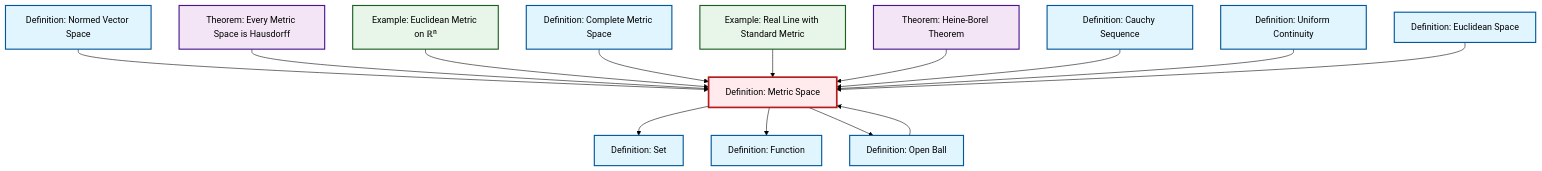
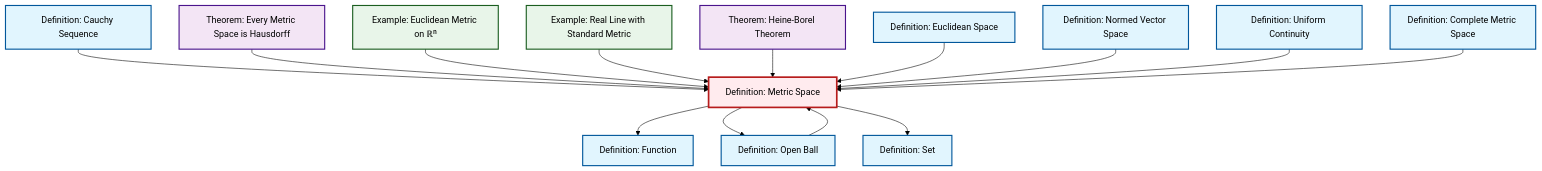
One commit to RK0429/ModernMath changed the diagram in content/en/analysis/def-metric-space.qmd. Above: the diagram before and after it, drawn with Mermaid (forest theme). The commit also changed other lines of this file and 672 other files, not shown here.

````diff
--- a/content/en/analysis/def-metric-space.qmd
+++ b/content/en/analysis/def-metric-space.qmd
@@ -53,48 +53,48 @@
 ```{mermaid}
 %%| fig-cap: "Local dependency graph"
 graph TD
     classDef definition fill:#e1f5fe,stroke:#01579b,stroke-width:2px
     classDef theorem fill:#f3e5f5,stroke:#4a148c,stroke-width:2px
     classDef axiom fill:#fff3e0,stroke:#e65100,stroke-width:2px
     classDef example fill:#e8f5e9,stroke:#1b5e20,stroke-width:2px
     classDef current fill:#ffebee,stroke:#b71c1c,stroke-width:3px
+    def-set["Definition: Set"]:::definition
+    def-cauchy-sequence["Definition: Cauchy Sequence"]:::definition
+    def-uniform-continuity["Definition: Uniform Continuity"]:::definition
+    ex-real-line-metric["Example: Real Line with Standard Metric"]:::example
+    def-metric-space["Definition: Metric Space"]:::definition
+    def-open-ball["Definition: Open Ball"]:::definition
+    def-function["Definition: Function"]:::definition
     ex-euclidean-metric["Example: Euclidean Metric on ℝⁿ"]:::example
-    def-euclidean-space["Definition: Euclidean Space"]:::definition
-    def-set["Definition: Set"]:::definition
-    def-open-ball["Definition: Open Ball"]:::definition
-    def-metric-space["Definition: Metric Space"]:::definition
-    ex-real-line-metric["Example: Real Line with Standard Metric"]:::example
-    def-function["Definition: Function"]:::definition
     thm-metric-hausdorff["Theorem: Every Metric Space is Hausdorff"]:::theorem
     def-complete-metric-space["Definition: Complete Metric Space"]:::definition
-    def-uniform-continuity["Definition: Uniform Continuity"]:::definition
     thm-heine-borel["Theorem: Heine-Borel Theorem"]:::theorem
-    def-cauchy-sequence["Definition: Cauchy Sequence"]:::definition
     def-normed-vector-space["Definition: Normed Vector Space"]:::definition
+    def-euclidean-space["Definition: Euclidean Space"]:::definition
+    def-cauchy-sequence --> def-metric-space
+    def-metric-space --> def-function
+    def-metric-space --> def-open-ball
+    thm-metric-hausdorff --> def-metric-space
+    ex-euclidean-metric --> def-metric-space
+    ex-real-line-metric --> def-metric-space
+    thm-heine-borel --> def-metric-space
+    def-euclidean-space --> def-metric-space
     def-metric-space --> def-set
     def-normed-vector-space --> def-metric-space
-    def-metric-space --> def-function
-    thm-metric-hausdorff --> def-metric-space
-    ex-euclidean-metric --> def-metric-space
     def-open-ball --> def-metric-space
+    def-uniform-continuity --> def-metric-space
     def-complete-metric-space --> def-metric-space
-    ex-real-line-metric --> def-metric-space
-    thm-heine-borel --> def-metric-space
-    def-cauchy-sequence --> def-metric-space
-    def-metric-space --> def-open-ball
-    def-uniform-continuity --> def-metric-space
-    def-euclidean-space --> def-metric-space
     class def-metric-space current
+    click def-set "def-set.html" "Go to Set definition"
+    click def-cauchy-sequence "def-cauchy-sequence.html" "Go to Cauchy Sequence definition"
+    click def-uniform-continuity "def-uniform-continuity.html" "Go to Uniform Continuity definition"
+    click ex-real-line-metric "ex-real-line-metric.html" "Go to Real Line with Standard Metric example"
+    click def-open-ball "def-open-ball.html" "Go to Open Ball definition"
+    click def-function "def-function.html" "Go to Function definition"
     click ex-euclidean-metric "ex-euclidean-metric.html" "Go to Euclidean Metric on ℝⁿ example"
-    click def-euclidean-space "def-euclidean-space.html" "Go to Euclidean Space definition"
-    click def-set "def-set.html" "Go to Set definition"
-    click def-open-ball "def-open-ball.html" "Go to Open Ball definition"
-    click ex-real-line-metric "ex-real-line-metric.html" "Go to Real Line with Standard Metric example"
-    click def-function "def-function.html" "Go to Function definition"
     click thm-metric-hausdorff "thm-metric-hausdorff.html" "Go to Every Metric Space is Hausdorff theorem"
     click def-complete-metric-space "def-complete-metric-space.html" "Go to Complete Metric Space definition"
-    click def-uniform-continuity "def-uniform-continuity.html" "Go to Uniform Continuity definition"
     click thm-heine-borel "thm-heine-borel.html" "Go to Heine-Borel Theorem theorem"
-    click def-cauchy-sequence "def-cauchy-sequence.html" "Go to Cauchy Sequence definition"
     click def-normed-vector-space "def-normed-vector-space.html" "Go to Normed Vector Space definition"
+    click def-euclidean-space "def-euclidean-space.html" "Go to Euclidean Space definition"
 ```
````
